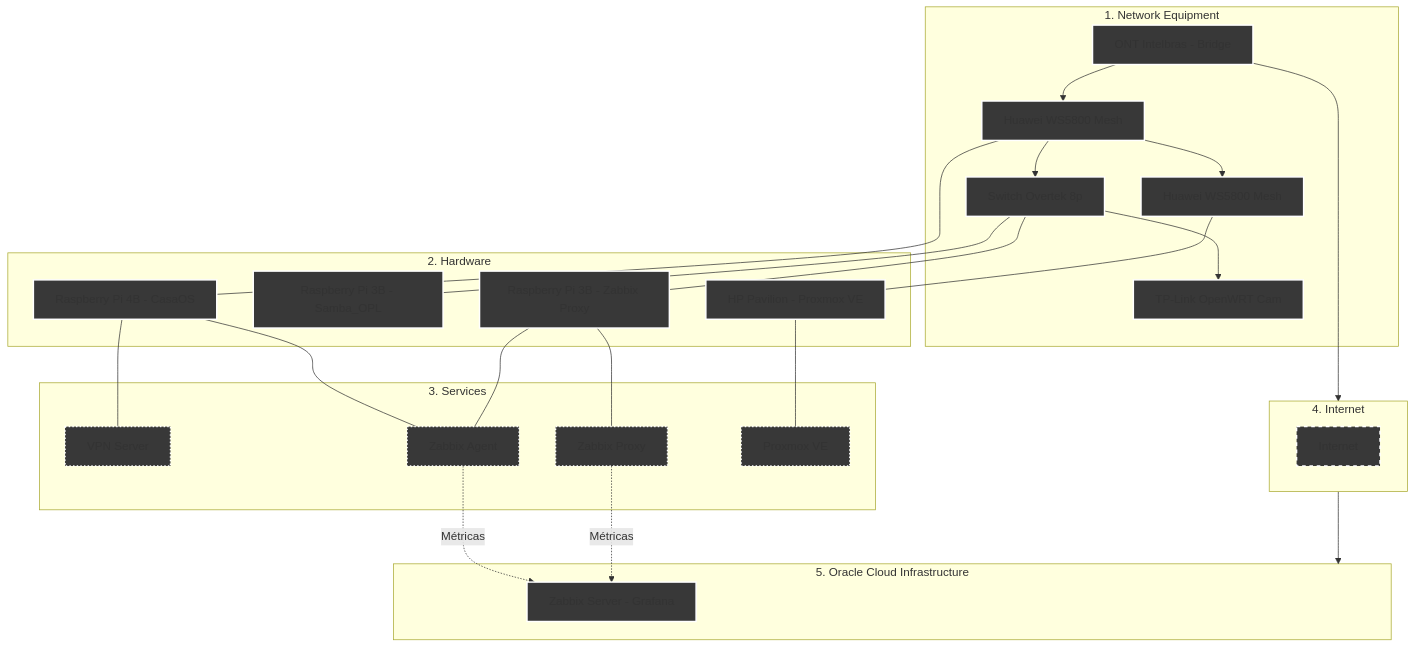
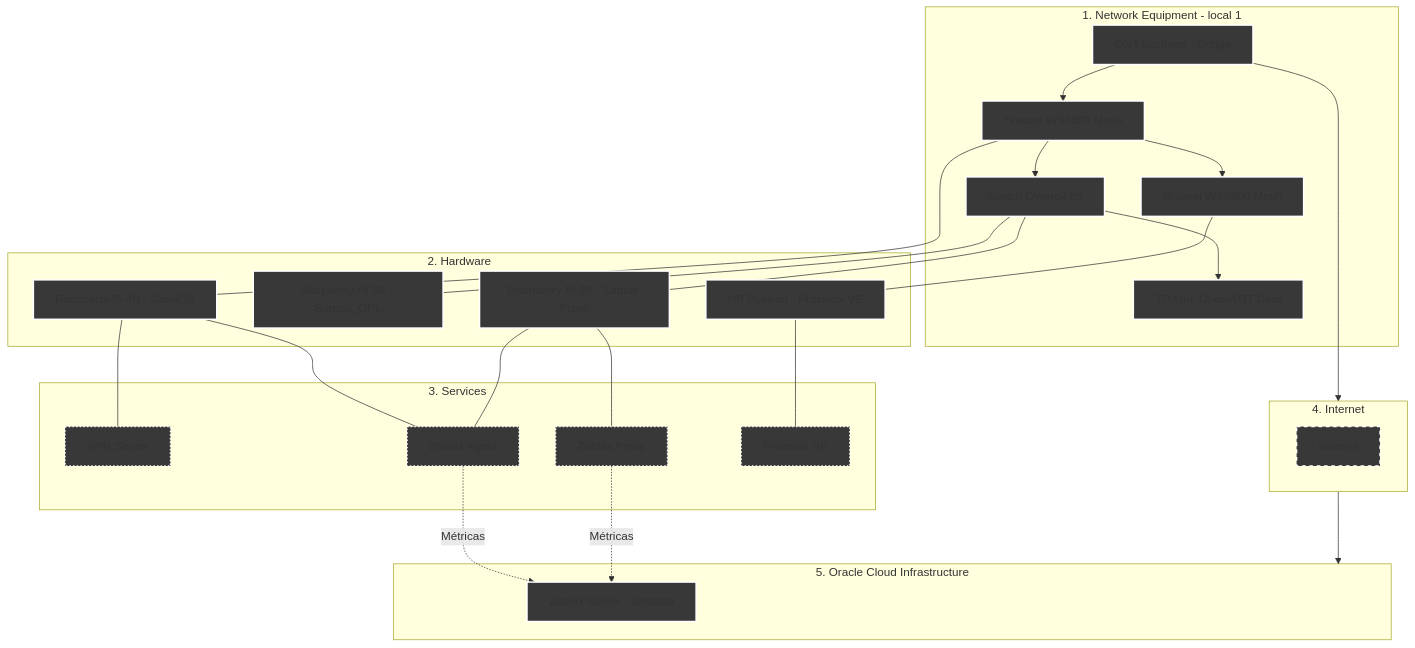
The diagram in Infraestructure/README.md (kevindexter22/Dr-Hardware-Autonet), drawn with Mermaid before and after one commit.

````diff
--- a/Infraestructure/README.md
+++ b/Infraestructure/README.md
@@ -13,53 +13,53 @@
 ```mermaid
 graph TD
     %% Styles
     classDef network fill:#383838,stroke:#FFFFFF,stroke-width:2px;
     classDef hardware fill:#383838,stroke:#FFFFFF,stroke-width:2px;
     classDef internet fill:#383838,stroke:#FFFFFF,stroke-width:2px,stroke-dasharray: 5 5;
     classDef services fill:#383838,stroke:#FFFFFF,stroke-width:2px, stroke-dasharray: 2 3;
     classDef oci fill:#383838,stroke:#FFFFFF,stroke-width:2px;
 
     %% 1. NETWORK EQUIPMENT
-    subgraph S1 [1. Network Equipment]
+    subgraph S1 [1. Network Equipment - local 1]
         ONT[ONT Intelbras - Bridge]:::network --> R_Mesh1[Huawei WS5800 Mesh]:::network
         R_Mesh1 --> R_Mesh2[Huawei WS5800 Mesh]:::network
         R_Mesh1 --> SW1[Switch Overtek 8p]:::network
         SW1 --> R_Cams[TP-Link OpenWRT Cam]:::network
     end
 
     %% 2. HARDWARE
     subgraph S2 [2. Hardware]
         R_Mesh1 --- RPi4B[Raspberry Pi 4B - CasaOS]:::hardware
         SW1 --- RPi3B_1[Raspberry Pi 3B - Samba_OPL]:::hardware
         SW1 --- RPi3B_2[Raspberry Pi 3B - Zabbix Proxy]:::hardware
         R_Mesh2 --- HP[HP Pavilion - Proxmox VE]:::hardware
     end
 
     %% 3. SERVICES     
     subgraph S3 [3. Services];
         RPi4B --- VPN[VPN Server]:::services
         RPi4B --- ZA[Zabbix Agent]:::services
         RPi3B_2 --- ZA[Zabbix Agent]:::services
         RPi3B_2 --- ZP[Zabbix Proxy]:::services
         HP --- PVE[Proxmox VE]:::services        
     end
 
     %% 4. Internet (The Bridge)
     subgraph S4 [4. Internet]
            internet[Internet]:::internet
     end
 
     %% 5. Oracle Cloud Infrastructure
     subgraph S5 [5. Oracle Cloud Infrastructure]
         ZS[Zabbix Server - Grafana]:::oci
     end
 
     %% Conections of data flow
     ONT --> S4
     S4 --> S5
     
     %% Logical conections
     ZA -.-> |Métricas| ZS
     ZP -.-> |Métricas| ZS 
 
 ```
````
